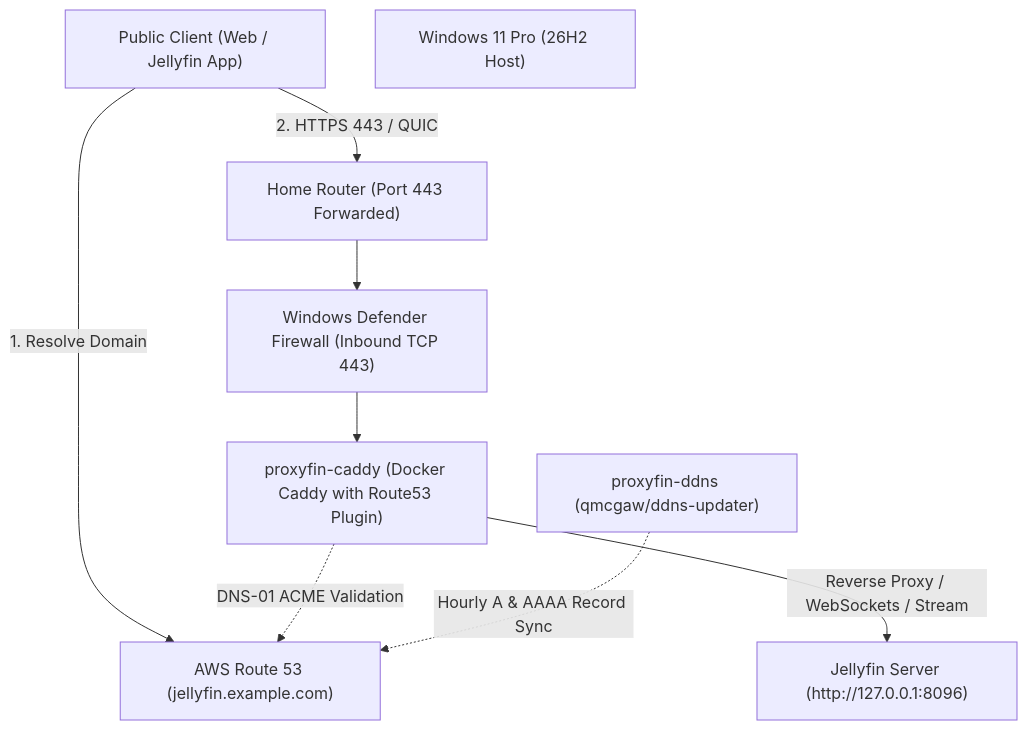
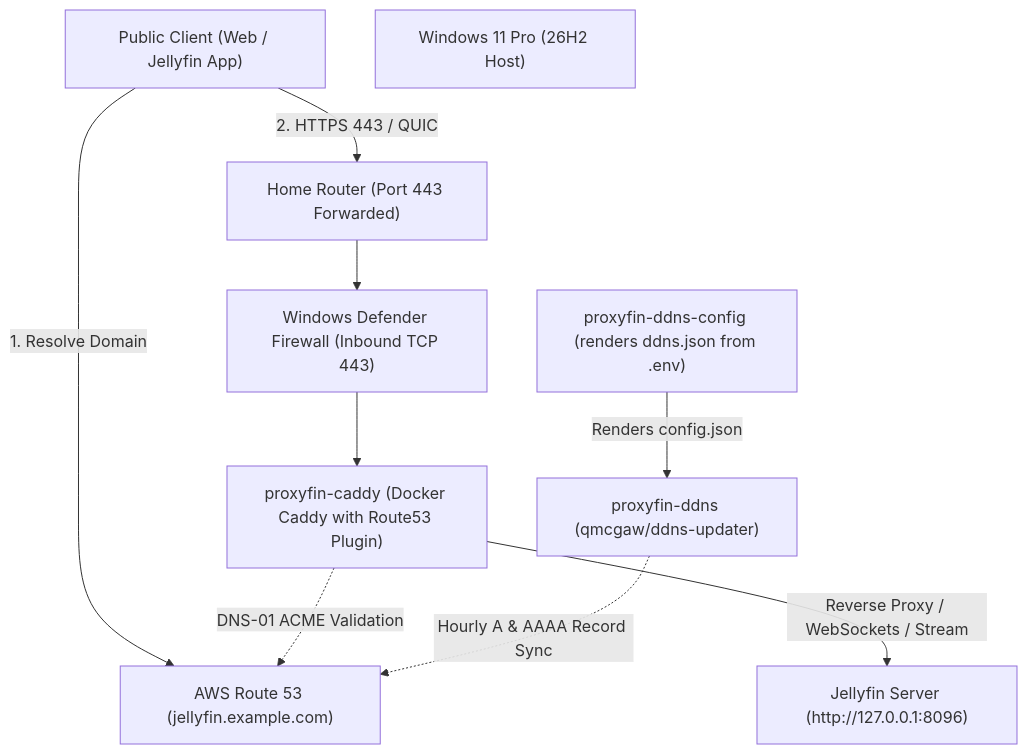
One commit to michaelsanford/ProxyFin changed the diagram in README.md. Above: the diagram before and after it, drawn with Mermaid. The commit also changed other lines of this file and 9 other files, not shown here.

First line of the commit message:
feat(ddns): render ddns.json from .env instead of maintaining it by hand

````diff
--- a/README.md
+++ b/README.md
@@ -11,19 +11,21 @@
 ```mermaid
 flowchart TD
     Client["Public Client (Web / Jellyfin App)"]
     DNS["AWS Route 53 (jellyfin.example.com)"]
     Router["Home Router (Port 443 Forwarded)"]
     Host["Windows 11 Pro (26H2 Host)"]
     Firewall["Windows Defender Firewall (Inbound TCP 443)"]
     Caddy["proxyfin-caddy (Docker Caddy with Route53 Plugin)"]
+    DDNSConfig["proxyfin-ddns-config (renders ddns.json from .env)"]
     DDNS["proxyfin-ddns (qmcgaw/ddns-updater)"]
     Jellyfin["Jellyfin Server (http://127.0.0.1:8096)"]
 
     Client -->|1. Resolve Domain| DNS
     Client -->|2. HTTPS 443 / QUIC| Router
     Router --> Firewall
     Firewall --> Caddy
     Caddy -->|Reverse Proxy / WebSockets / Stream| Jellyfin
     Caddy -.->|DNS-01 ACME Validation| DNS
+    DDNSConfig -->|Renders config.json| DDNS
     DDNS -.->|Hourly A & AAAA Record Sync| DNS
 ```
````
